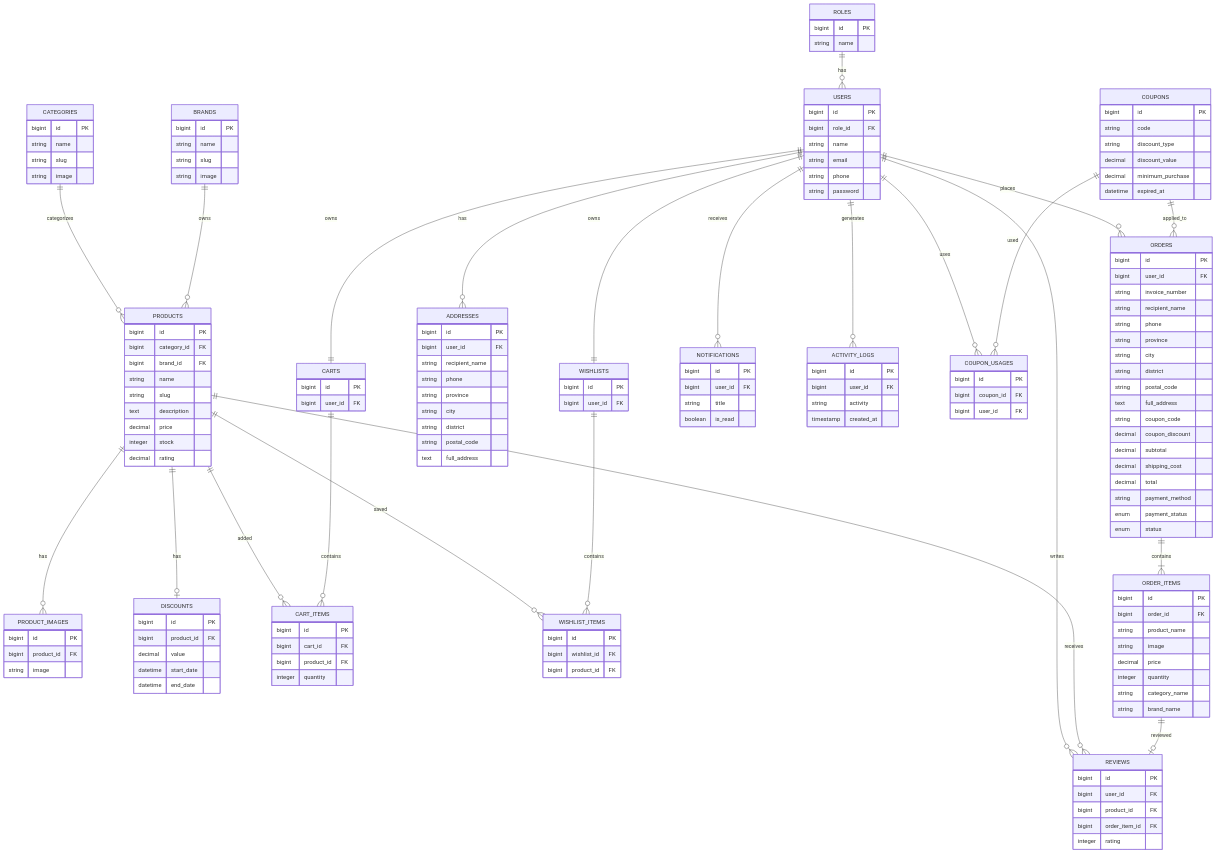
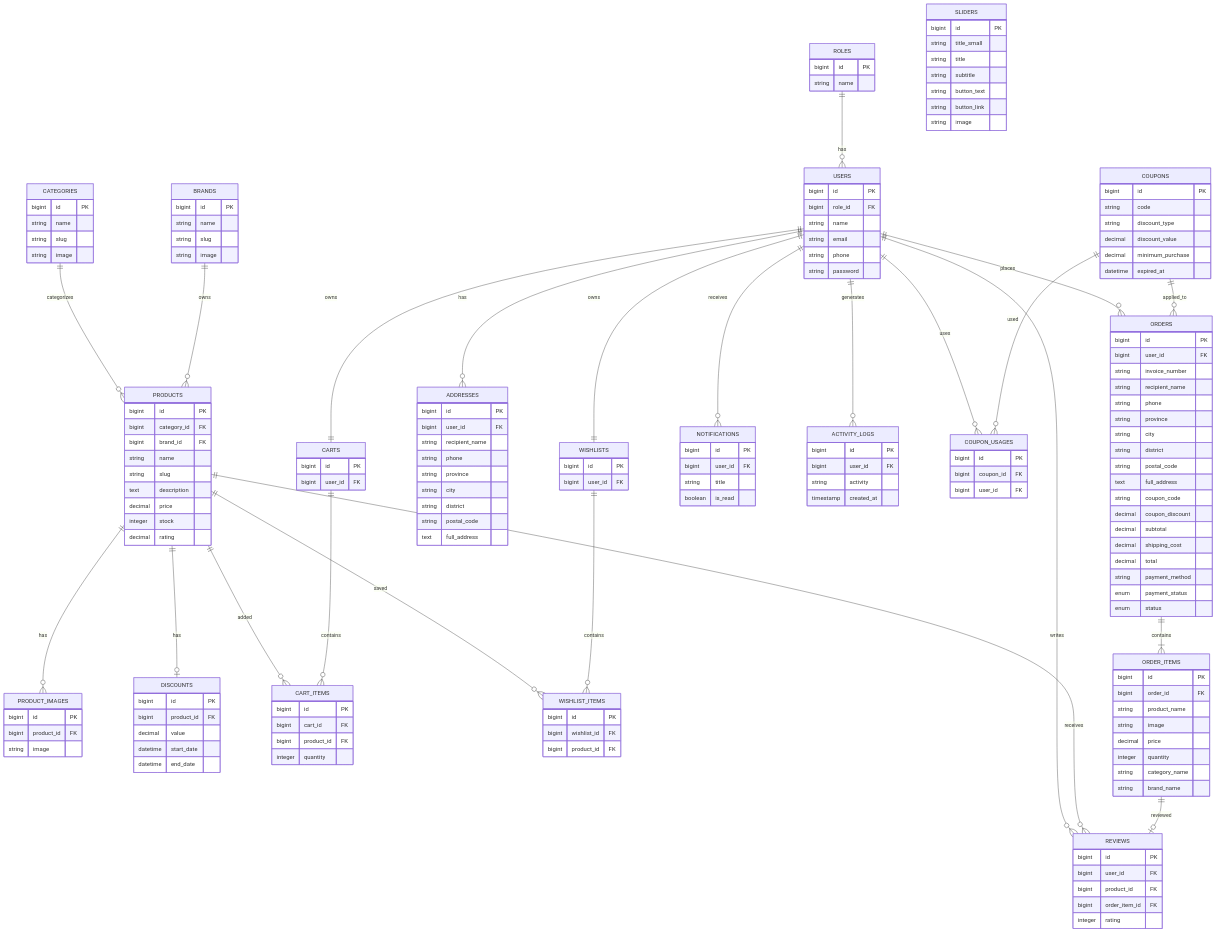
One commit to massiki/e-commerce-complex changed the diagram in planning/ERD.md. Above: the diagram before and after it, drawn with Mermaid.

Commit message:
Merge pull request #1 from massiki/add/tabel-sliders-in-planning
add tabel slider in planning ERD

````diff
--- a/planning/ERD.md
+++ b/planning/ERD.md
@@ -195,4 +195,14 @@
         string activity
         timestamp created_at
     }
+
+    SLIDERS {
+        bigint id PK
+        string title_small
+        string title
+        string subtitle
+        string button_text
+        string button_link
+        string image
+    }
 ```
````
